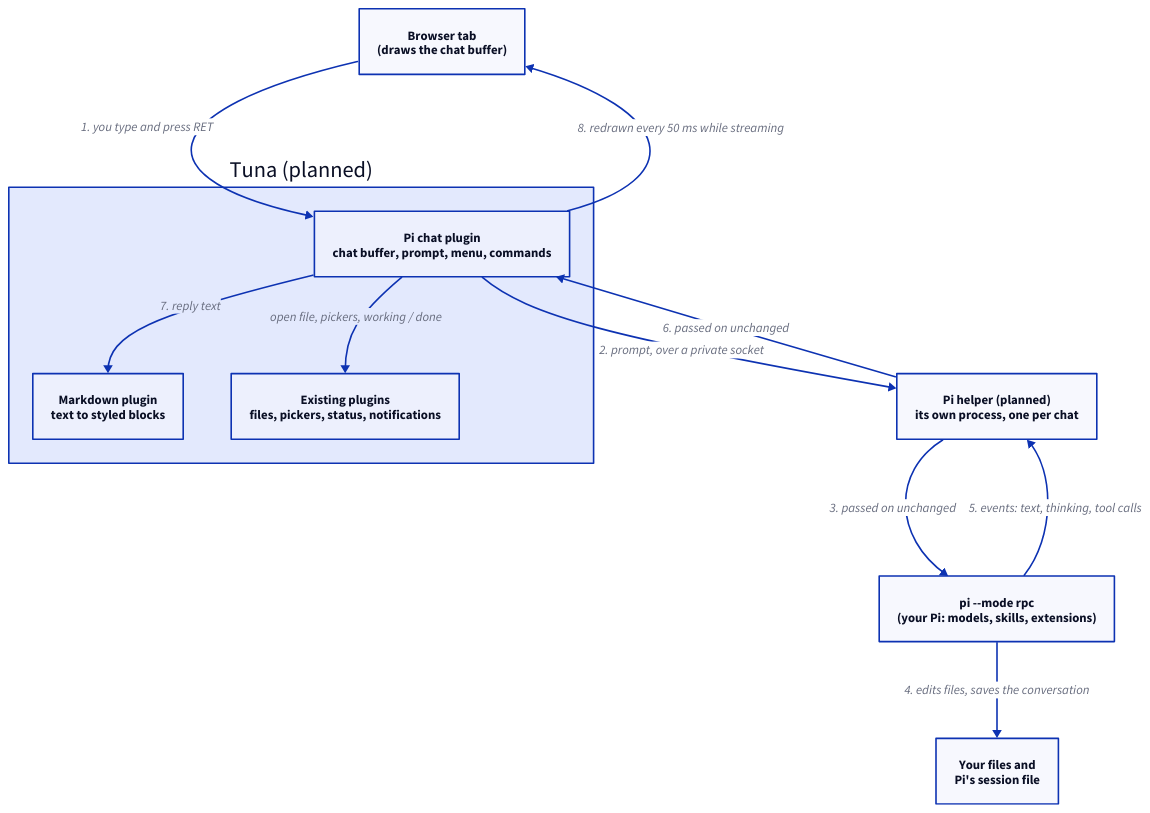
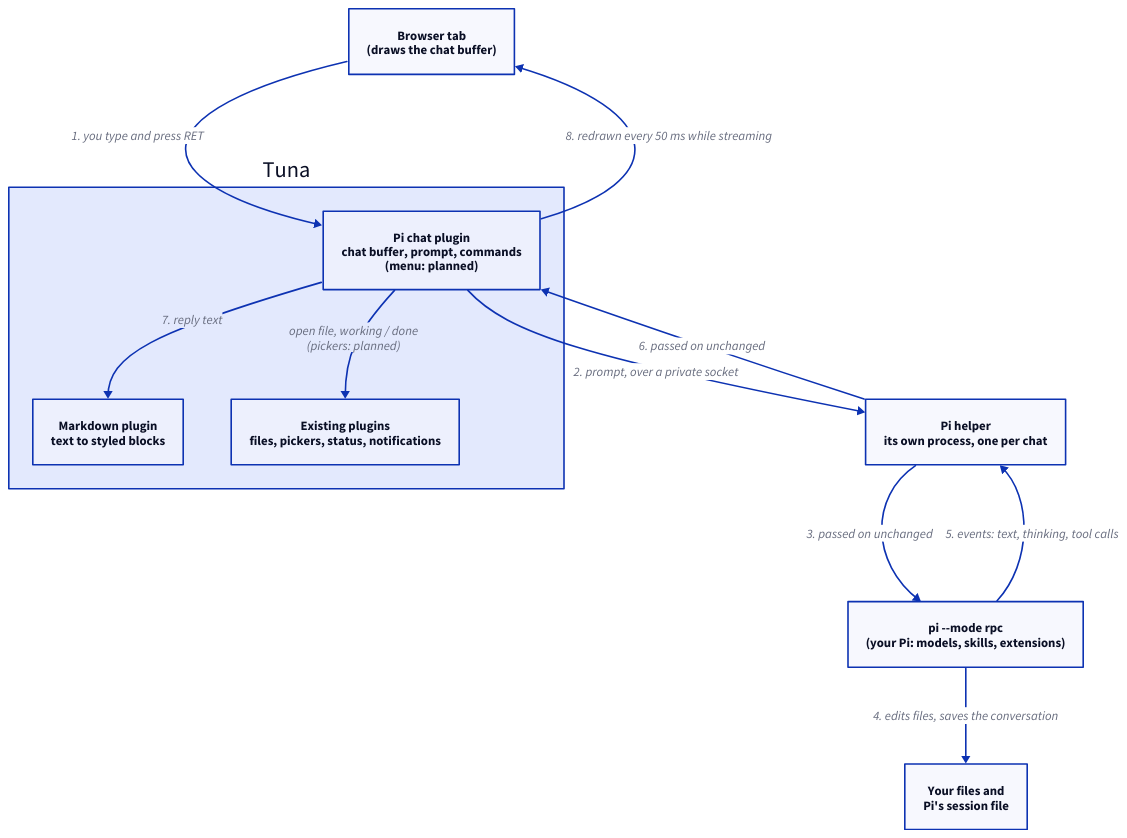
Before and after one commit to jaybonthius/tuna: the diagram in docs/diagrams/pi-chat-pieces.d2, drawn with D2. The commit also changed 8 other files, not shown here.

First line of the commit message:
Docs: the Pi chat in the overview, Emacs equivalents, roadmap and plan

```diff
--- a/docs/diagrams/pi-chat-pieces.d2
+++ b/docs/diagrams/pi-chat-pieces.d2
@@ -1,28 +1,28 @@
-# What are the pieces of a Pi chat, and where does Pi run? (planned 2026-10-28; nothing built yet)
+# What are the pieces of a Pi chat, and where does Pi run? (built 2026-10-28, but the menu and the pickers, which are planned)
 vars: {
   d2-config: {
     layout-engine: dagre
     theme-id: 0
   }
 }
 direction: down
 
 browser: "Browser tab\n(draws the chat buffer)"
-tuna: "Tuna (planned)" {
-  chat: "Pi chat plugin\nchat buffer, prompt, menu, commands"
+tuna: "Tuna" {
+  chat: "Pi chat plugin\nchat buffer, prompt, commands\n(menu: planned)"
   md: "Markdown plugin\ntext to styled blocks"
   others: "Existing plugins\nfiles, pickers, status, notifications"
 }
-helper: "Pi helper (planned)\nits own process, one per chat"
+helper: "Pi helper\nits own process, one per chat"
 pi: "pi --mode rpc\n(your Pi: models, skills, extensions)"
 disk: "Your files and\nPi's session file"
 
 browser -> tuna.chat: "1. you type and press RET"
 tuna.chat -> helper: "2. prompt, over a private socket"
 helper -> pi: "3. passed on unchanged"
 pi -> disk: "4. edits files, saves the conversation"
 pi -> helper: "5. events: text, thinking, tool calls"
 helper -> tuna.chat: "6. passed on unchanged"
 tuna.chat -> tuna.md: "7. reply text"
 tuna.chat -> browser: "8. redrawn every 50 ms while streaming"
-tuna.chat -> tuna.others: "open file, pickers, working / done"
+tuna.chat -> tuna.others: "open file, working / done\n(pickers: planned)"
```
